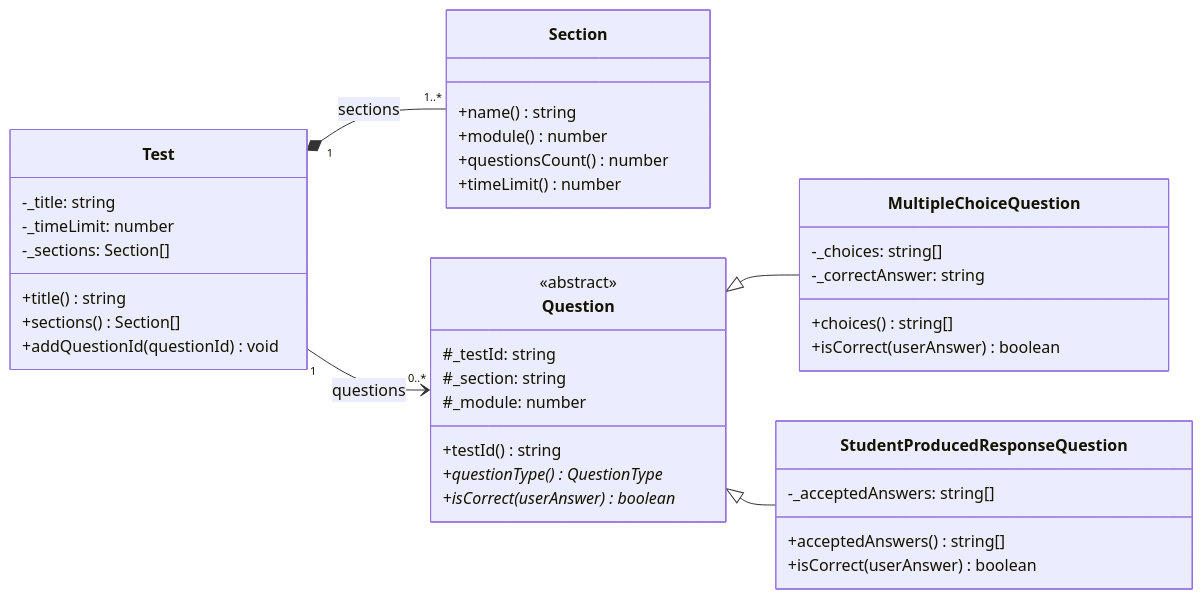
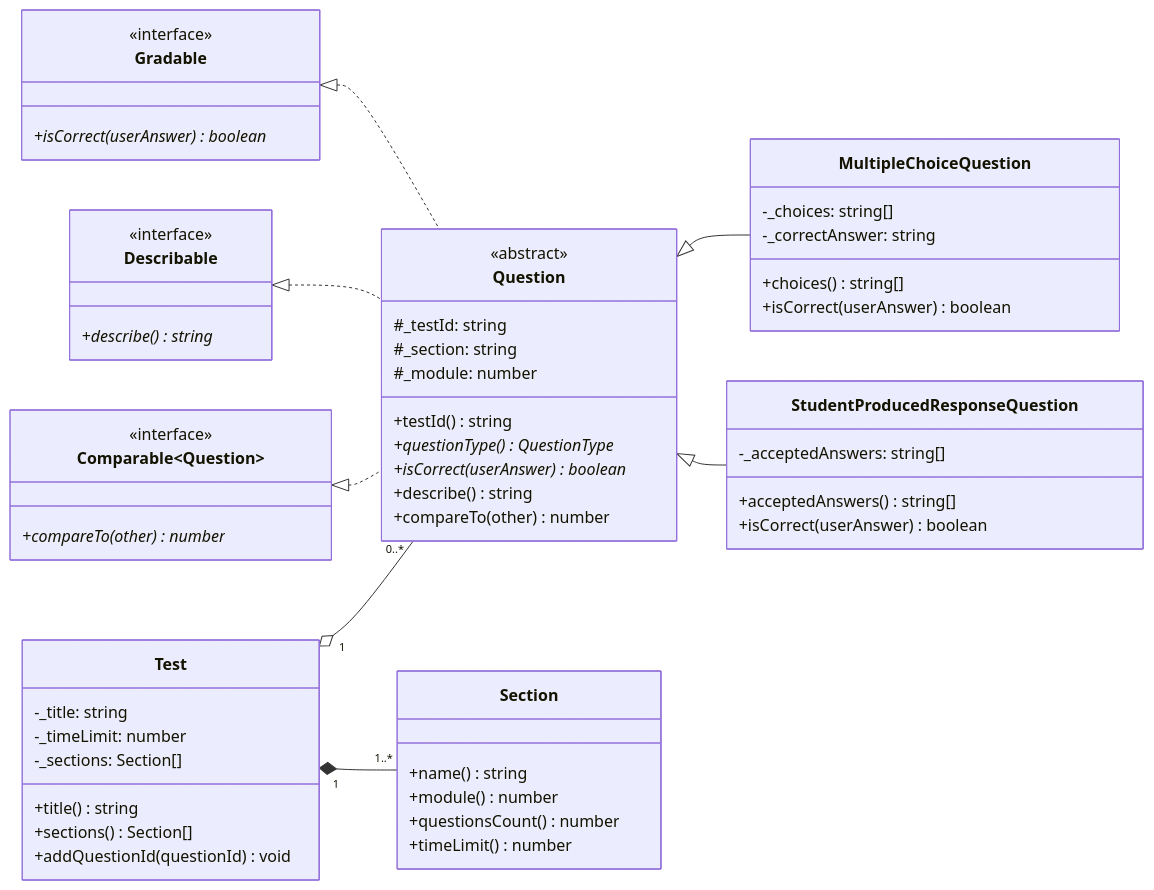
Before and after one commit to 202417221-LeDinhVinh/ronansat-oop-demo: the diagram in docs/uml/01a2-domain-questions.mmd, drawn with Mermaid. The commit also changed 122 other files, not shown here.

Commit message:
feat(v3): UML and slides for observer/exceptions, mobile vocab fix, README v3, cleanup

```diff
--- a/docs/uml/01a2-domain-questions.mmd
+++ b/docs/uml/01a2-domain-questions.mmd
@@ -1,46 +1,68 @@
 classDiagram
     direction LR
+
+    class Gradable {
+        <<interface>>
+        +isCorrect(userAnswer)* boolean
+    }
+
+    class Describable {
+        <<interface>>
+        +describe()* string
+    }
+
+    class Comparable~Question~ {
+        <<interface>>
+        +compareTo(other)* number
+    }
+
+    class Question {
+        <<abstract>>
+        #_testId: string
+        #_section: string
+        #_module: number
+        +testId() string
+        +questionType()* QuestionType
+        +isCorrect(userAnswer)* boolean
+        +describe() string
+        +compareTo(other) number
+    }
+
+    class MultipleChoiceQuestion {
+        -_choices: string[]
+        -_correctAnswer: string
+        +choices() string[]
+        +isCorrect(userAnswer) boolean
+    }
+
+    class StudentProducedResponseQuestion {
+        -_acceptedAnswers: string[]
+        +acceptedAnswers() string[]
+        +isCorrect(userAnswer) boolean
+    }
 
     class Test {
         -_title: string
         -_timeLimit: number
         -_sections: Section[]
         +title() string
         +sections() Section[]
         +addQuestionId(questionId) void
     }
 
     class Section {
         +name() string
         +module() number
         +questionsCount() number
         +timeLimit() number
     }
 
-    class Question {
-        <<abstract>>
-        #_testId: string
-        #_section: string
-        #_module: number
-        +testId() string
-        +questionType()* QuestionType
-        +isCorrect(userAnswer)* boolean
-    }
+    Gradable <|.. Question
+    Describable <|.. Question
+    Comparable <|.. Question
 
-    class MultipleChoiceQuestion {
-        -_choices: string[]
-        -_correctAnswer: string
-        +choices() string[]
-        +isCorrect(userAnswer) boolean
-    }
-
-    class StudentProducedResponseQuestion {
-        -_acceptedAnswers: string[]
-        +acceptedAnswers() string[]
-        +isCorrect(userAnswer) boolean
-    }
-
-    Test "1" *-- "1..*" Section : sections
-    Test "1" --> "0..*" Question : questions
     Question <|-- MultipleChoiceQuestion
     Question <|-- StudentProducedResponseQuestion
+
+    Test "1" *-- "1..*" Section
+    Test "1" o-- "0..*" Question
```
